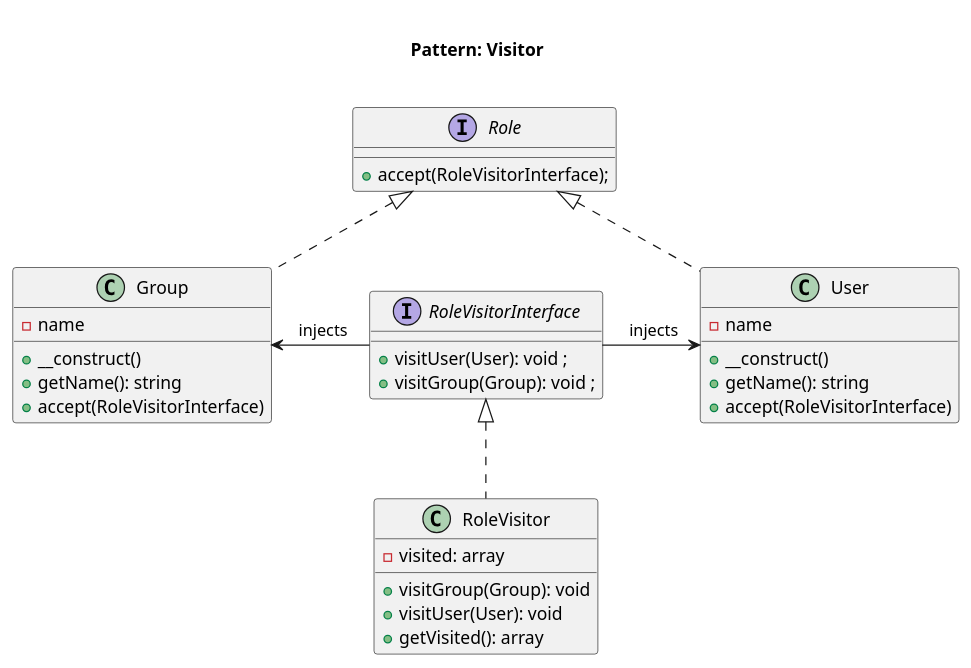
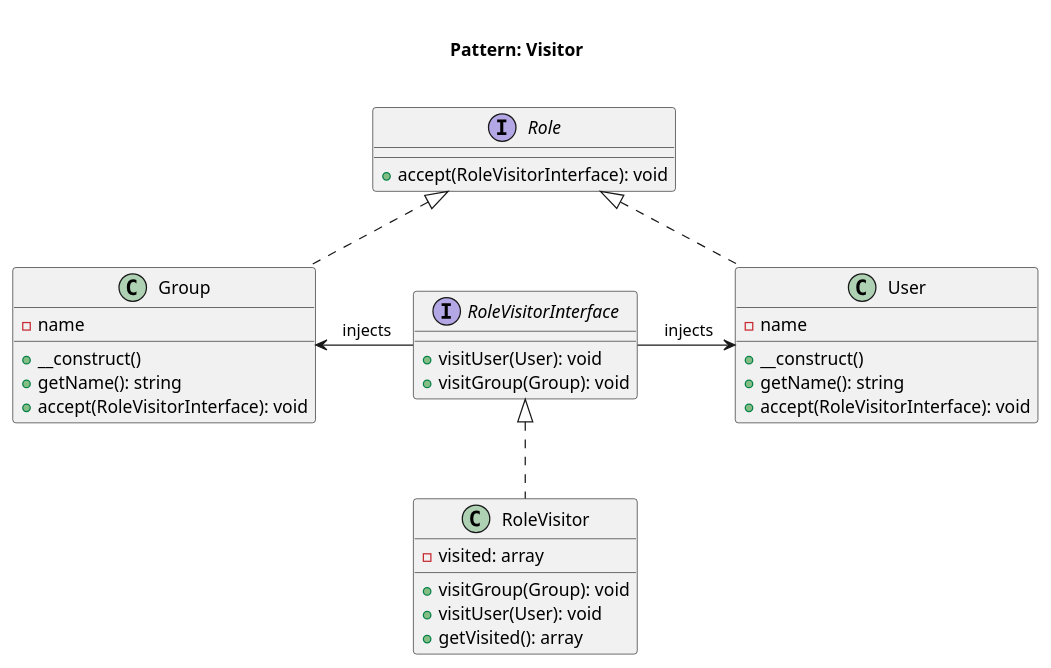
Before and after one commit to rosselli/design-patterns-implemented.concepts: the diagram in patterns/behavioral/visitor/domnikl/diagram.pu, drawn with PlantUML. The commit also changed 8 other files, not shown here.

```diff
--- a/patterns/behavioral/visitor/domnikl/diagram.pu
+++ b/patterns/behavioral/visitor/domnikl/diagram.pu
@@ -1,36 +1,36 @@
 @startuml
 	Title <size:20>\nPattern: Visitor\n
 
     interface Role {
-        + accept(RoleVisitorInterface);
-    }
-
-    interface RoleVisitorInterface {
-        + visitUser(User): void ;
-        + visitGroup(Group): void ;
+        + accept(RoleVisitorInterface): void
     }
 
     class Group implements Role {
         - name
         + __construct()
         + getName(): string
-        + accept(RoleVisitorInterface)
+        + accept(RoleVisitorInterface): void
     }
 
     class User implements Role {
         - name
         + __construct()
         + getName(): string
-        + accept(RoleVisitorInterface)
+        + accept(RoleVisitorInterface): void
+    }
+
+    interface RoleVisitorInterface {
+        + visitUser(User): void
+        + visitGroup(Group): void
     }
 
     class RoleVisitor implements RoleVisitorInterface{
         - visited: array
         + visitGroup(Group): void
         + visitUser(User): void
         + getVisited(): array
     }
 
     RoleVisitorInterface -left-> Group: " injects"
     RoleVisitorInterface -right-> User: " injects"
 @enduml
```
